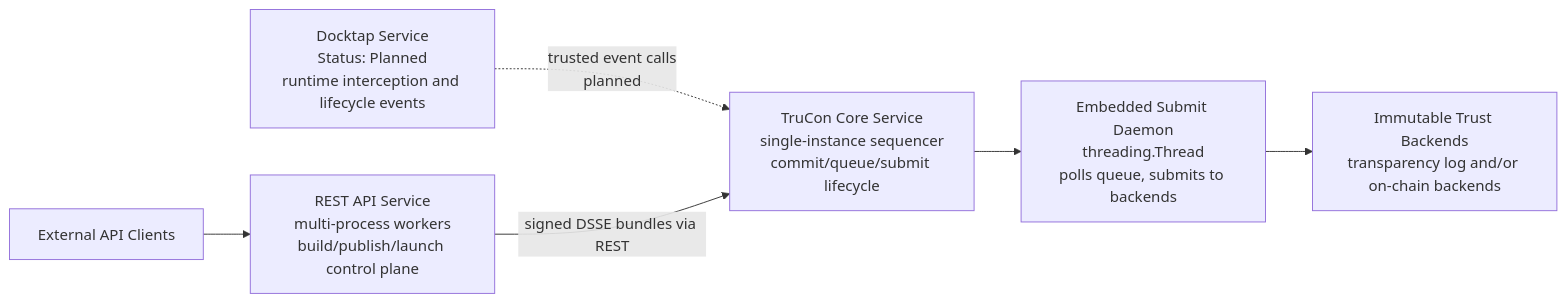
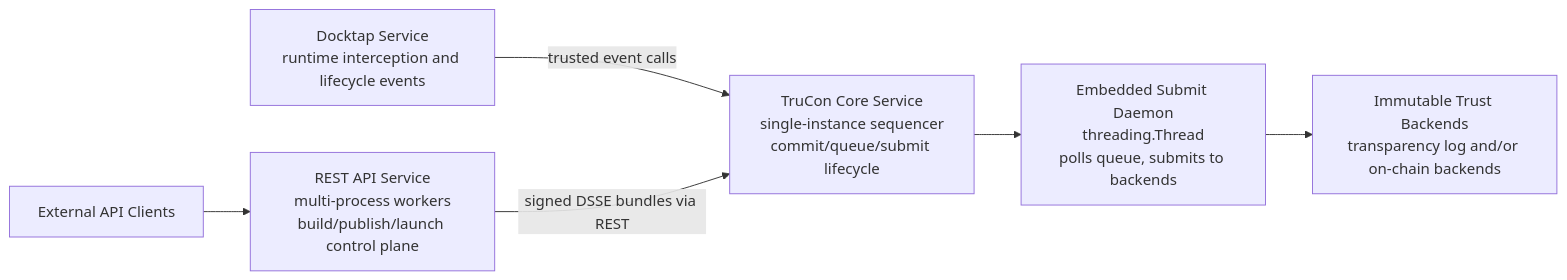
One commit to intel/confidential-computing-zoo changed the diagram in docs/architecture.md. Above: the diagram before and after it, drawn with Mermaid. The commit also changed other lines of this file and 29 other files, not shown here.

````diff
--- a/docs/architecture.md
+++ b/docs/architecture.md
@@ -35,10 +35,10 @@
 ```mermaid
 flowchart LR
   clients[External API Clients] --> rest[REST API Service<br/>multi-process workers<br/>build/publish/launch control plane]
 
-  docktap[Docktap Service<br/>Status: Planned<br/>runtime interception and lifecycle events] -.->|trusted event calls<br/>planned| trucon[TruCon Core Service<br/>single-instance sequencer<br/>commit/queue/submit lifecycle]
+  docktap[Docktap Service<br/>runtime interception and lifecycle events] -->|trusted event calls| trucon[TruCon Core Service<br/>single-instance sequencer<br/>commit/queue/submit lifecycle]
 
   rest -->|signed DSSE bundles via REST| trucon
   trucon --> daemon[Embedded Submit Daemon<br/>threading.Thread<br/>polls queue, submits to backends]
   daemon --> backends[Immutable Trust Backends<br/>transparency log and/or on-chain backends]
 ```
````
